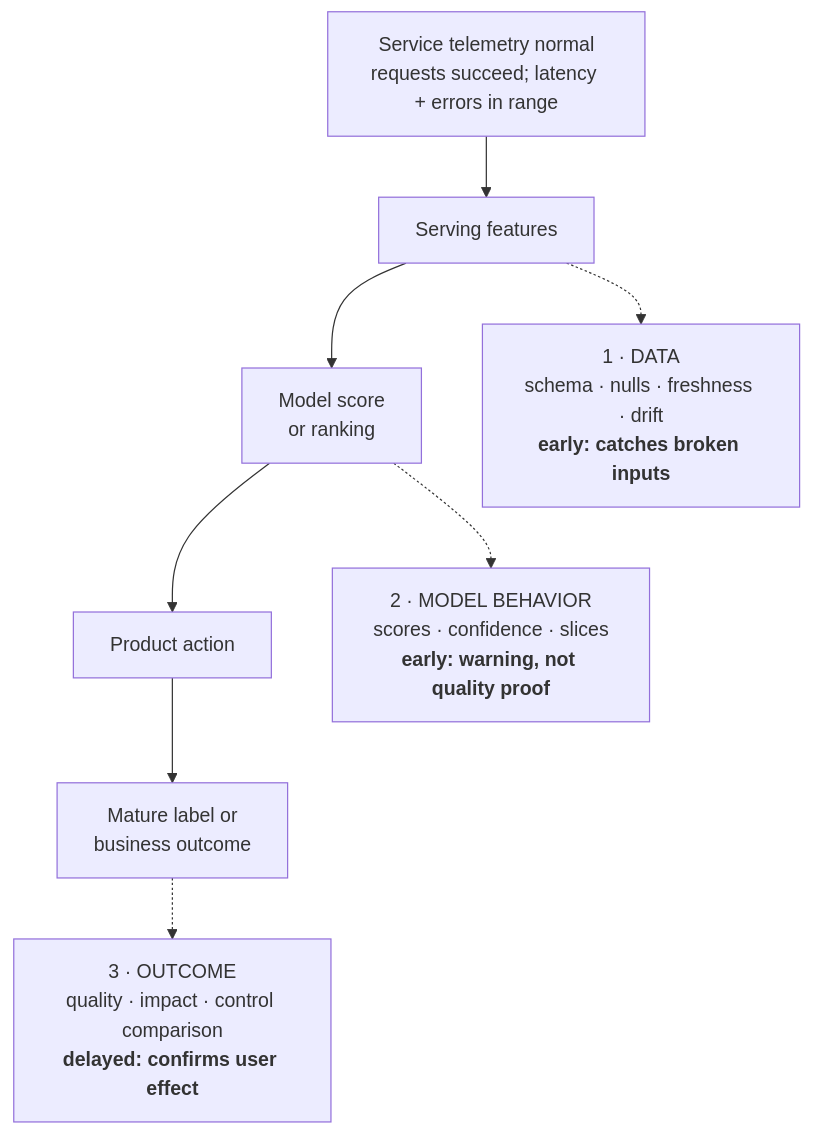
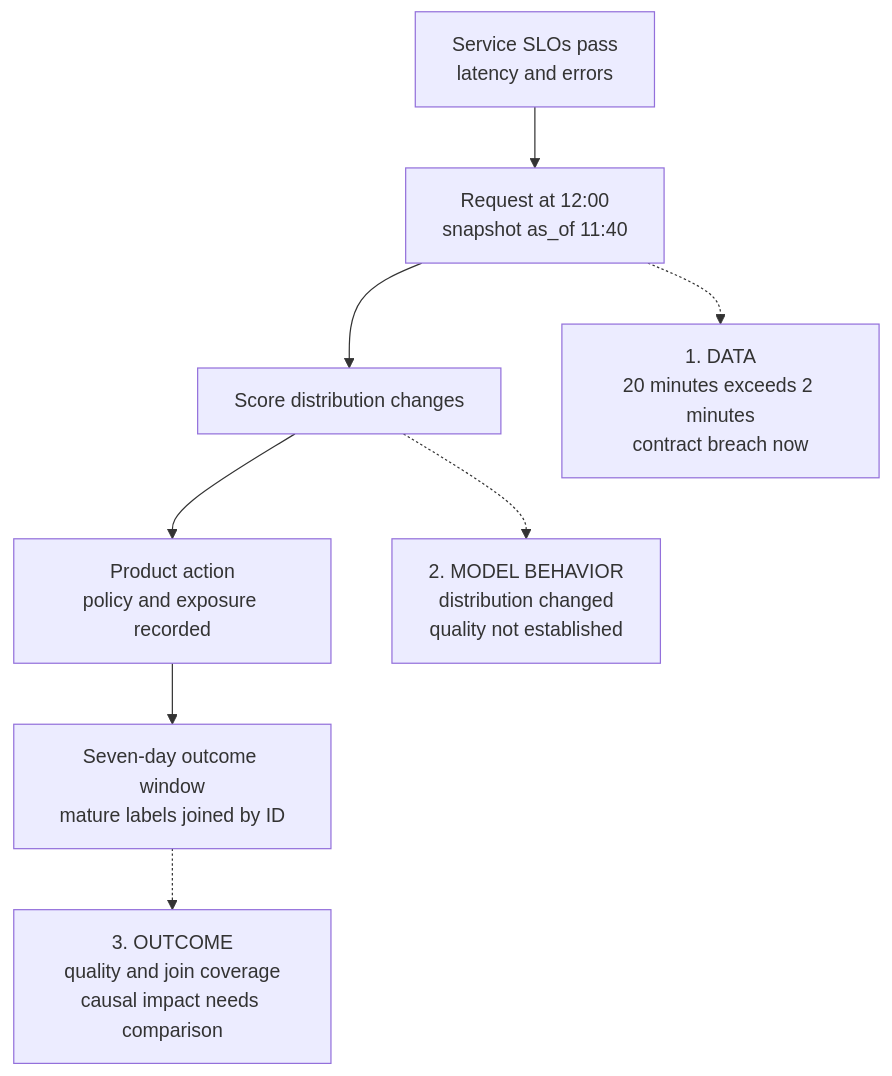
The diagram in src/content/posts/2025-03-17-design-ml-monitoring.md (mlmentorship/mlmentorship.github.io), drawn with Mermaid before and after one commit. The commit also changed other lines of this file and 258 other files, not shown here.

````diff
--- a/src/content/posts/2025-03-17-design-ml-monitoring.md
+++ b/src/content/posts/2025-03-17-design-ml-monitoring.md
@@ -24,18 +38,18 @@
 ```mermaid
 flowchart TB
-	accTitle: Three monitoring taps along a healthy ML serving path
-	accDescr: A request can succeed and service latency and error metrics can remain normal while an ML failure develops. The production path runs from serving features to a model score, then a product action, and finally a delayed outcome. A data monitor taps serving features and can immediately detect schema, null, freshness, and input-distribution problems. A model-behavior monitor taps scores and can quickly detect changed prediction distributions, confidence, and slices, but cannot prove quality. An outcome monitor joins mature labels or business effects back to predictions and can confirm quality or harm, but arrives after the label delay. Direct labels, numbered layers, and dashed monitoring taps communicate the distinctions without color.
-	S["Service telemetry normal<br/>requests succeed; latency + errors in range"] --> X["Serving features"]
-	X --> P["Model score<br/>or ranking"]
-	P --> A["Product action"]
-	A --> Y["Mature label or<br/>business outcome"]
-	X -.-> D["1 · DATA<br/>schema · nulls · freshness · drift<br/><b>early: catches broken inputs</b>"]
-	P -.-> M["2 · MODEL BEHAVIOR<br/>scores · confidence · slices<br/><b>early: warning, not quality proof</b>"]
-	Y -.-> O["3 · OUTCOME<br/>quality · impact · control comparison<br/><b>delayed: confirms user effect</b>"]
+	accTitle: Freshness fails now while quality evidence waits for mature labels
+	accDescr: Service latency and errors pass. A request at noon uses a snapshot covering data only through 11:40, violating the two-minute freshness limit. The data tap detects that breach immediately. A score-distribution tap shows changed behavior, not established accuracy loss. Product actions and exposure are recorded. Seven-day mature labels later join to prediction identities with coverage checks. Observed quality is distinct from causal impact, which requires a valid comparison.
+	S["Service SLOs pass<br/>latency and errors"] --> X["Request at 12:00<br/>snapshot as_of 11:40"]
+	X --> P["Score distribution changes"]
+	P --> A["Product action<br/>policy and exposure recorded"]
+	A --> Y["Seven-day outcome window<br/>mature labels joined by ID"]
+	X -.-> D["1. DATA<br/>20 minutes exceeds 2 minutes<br/>contract breach now"]
+	P -.-> M["2. MODEL BEHAVIOR<br/>distribution changed<br/>quality not established"]
+	Y -.-> O["3. OUTCOME<br/>quality and join coverage<br/>causal impact needs comparison"]
 	class S viz-warning
 	class X viz-input
 	class P,A viz-focus
 	class Y viz-state
 	class D,M,O viz-output
 	class S,X,P,A,Y,D,M,O viz-compact
 ```
````
